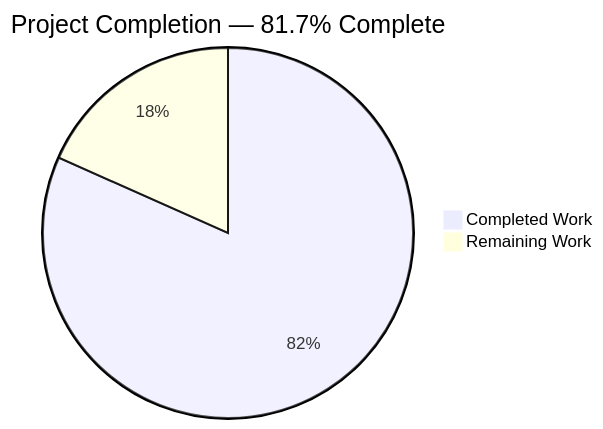
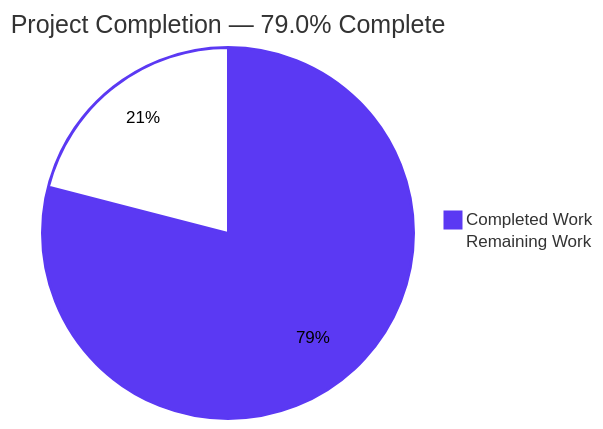
Before and after one commit to Tzadiko/monero: the first of 4 diagrams in blitzy/documentation/Project Guide.md, drawn with Mermaid. The commit also changed other lines of this file and 5 other files, not shown here.

````diff
--- a/blitzy/documentation/Project Guide.md
+++ b/blitzy/documentation/Project Guide.md
@@ -9,5 +9,6 @@
 ```mermaid
-pie title Project Completion — 81.7% Complete
+%%{init: {"theme": "base", "themeVariables": {"pie1": "#5B39F3", "pie2": "#FFFFFF", "pieOpacity": "1", "pieStrokeColor": "#5B39F3", "pieOuterStrokeColor": "#5B39F3", "pieSectionTextColor": "#000000"}}}%%
+pie title Project Completion — 79.0% Complete
     "Completed Work" : 147
-    "Remaining Work" : 33
+    "Remaining Work" : 39
 ```
````
